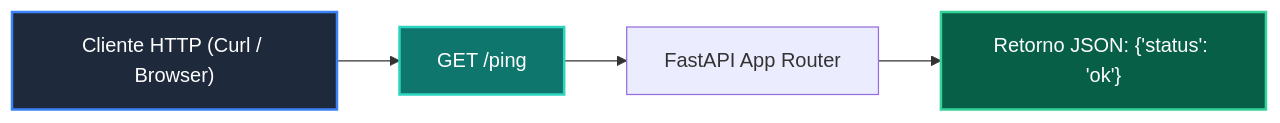
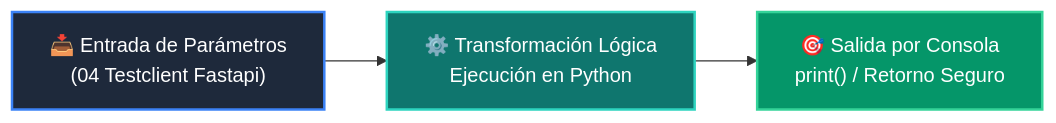
The diagram in 04-proyecto-final/clase-06-testing-y-calidad/ejemplos/ejemplo_04_testclient_fastapi/README.md (wisrovi/wisrovi-python), drawn with Mermaid before and after one commit. The commit also changed other lines of this file and 226 other files, not shown here.

Commit message:
docs: elevate all repository READMEs to world-class mastery standard with rich pedagogical architecture, custom Mermaids, and professional styling

````diff
--- a/04-proyecto-final/clase-06-testing-y-calidad/ejemplos/ejemplo_04_testclient_fastapi/README.md
+++ b/04-proyecto-final/clase-06-testing-y-calidad/ejemplos/ejemplo_04_testclient_fastapi/README.md
@@ -12,10 +19,9 @@
 ```mermaid
 flowchart LR
-    CLIENT["Cliente HTTP (Curl / Browser)"] --> GET["GET /ping"]
-    GET --> APP["FastAPI App Router"]
-    APP --> JSON["Retorno JSON: {'status': 'ok'}"]
+    A["📥 Entrada de Parámetros<br/>(04 Testclient Fastapi)"] --> B["⚙️ Transformación Lógica<br/>Ejecución en Python"]
+    B --> C["🎯 Salida por Consola<br/>print() / Retorno Seguro"]
 
-    style CLIENT fill:#1e293b,color:#fff,stroke:#3b82f6,stroke-width:2px
-    style GET fill:#0f766e,color:#fff,stroke:#2dd4bf,stroke-width:2px
-    style JSON fill:#065f46,color:#fff,stroke:#34d399,stroke-width:2px
+    style A fill:#1e293b,color:#ffffff,stroke:#3b82f6,stroke-width:2px
+    style B fill:#0f766e,color:#ffffff,stroke:#2dd4bf,stroke-width:2px
+    style C fill:#059669,color:#ffffff,stroke:#34d399,stroke-width:2px
 ```
````
